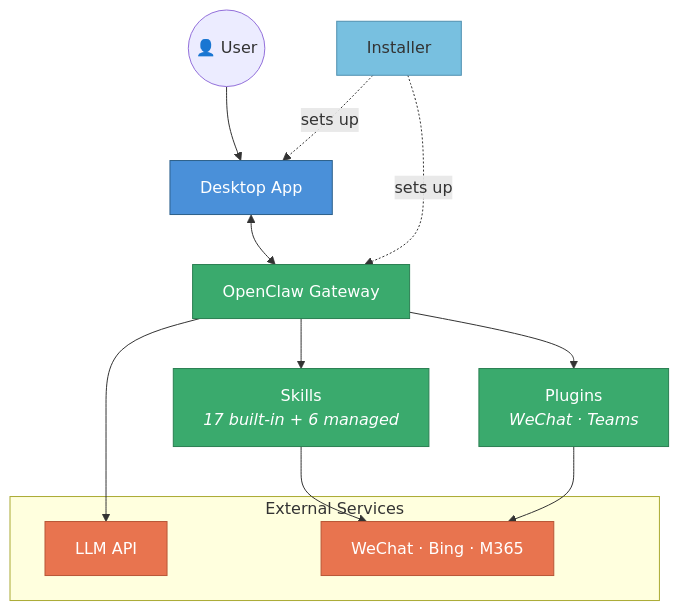
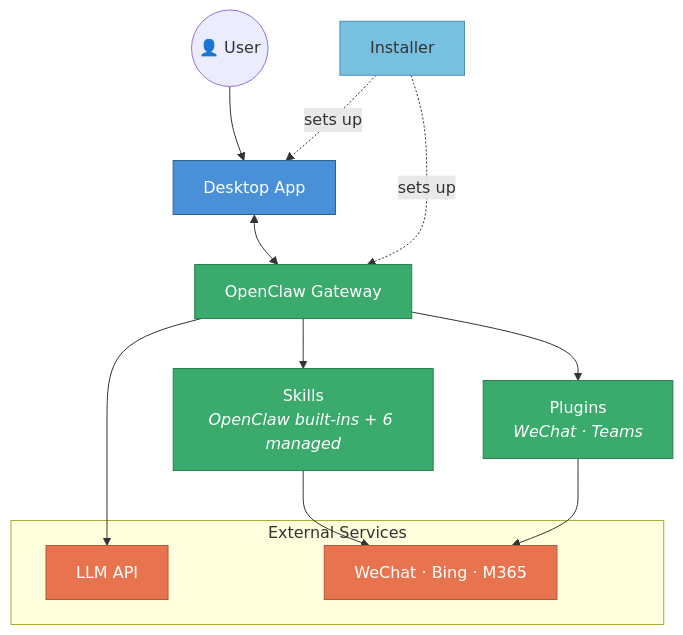
One commit to microsofthackathons/MicroClaw changed the diagram in README.md. Above: the diagram before and after it, drawn with Mermaid. The commit also changed other lines of this file and 1 other file, not shown here.

````diff
--- a/README.md
+++ b/README.md
@@ -43,35 +43,35 @@
 ```mermaid
 graph TB
     User(("👤 User"))
 
     Desktop["Desktop App"]
     Gateway["OpenClaw Gateway"]
-    Skills["Skills<br/><i>17 built-in + 6 managed</i>"]
+    Skills["Skills<br/><i>OpenClaw built-ins + 6 managed</i>"]
     Plugins["Plugins<br/><i>WeChat · Teams</i>"]
     Installer["Installer"]
 
     subgraph External["External Services"]
         LLM["LLM API"]
         ThirdParty["WeChat · Bing · M365"]
     end
 
     User --> Desktop
     Desktop <--> Gateway
     Gateway --> Skills
     Gateway --> Plugins
     Gateway --> LLM
     Skills --> ThirdParty
     Plugins --> ThirdParty
     Installer -.->|"sets up"| Desktop
     Installer -.->|"sets up"| Gateway
 
     classDef app fill:#4A90D9,stroke:#2C5F8A,color:#fff
     classDef gw fill:#3AAA6D,stroke:#2B7F52,color:#fff
     classDef ext fill:#E8744F,stroke:#B85636,color:#fff
     classDef tool fill:#78C0E0,stroke:#5090B0,color:#333
 
     class Desktop app
     class Gateway,Skills,Plugins gw
     class LLM,ThirdParty ext
     class Installer tool
 ```
````
